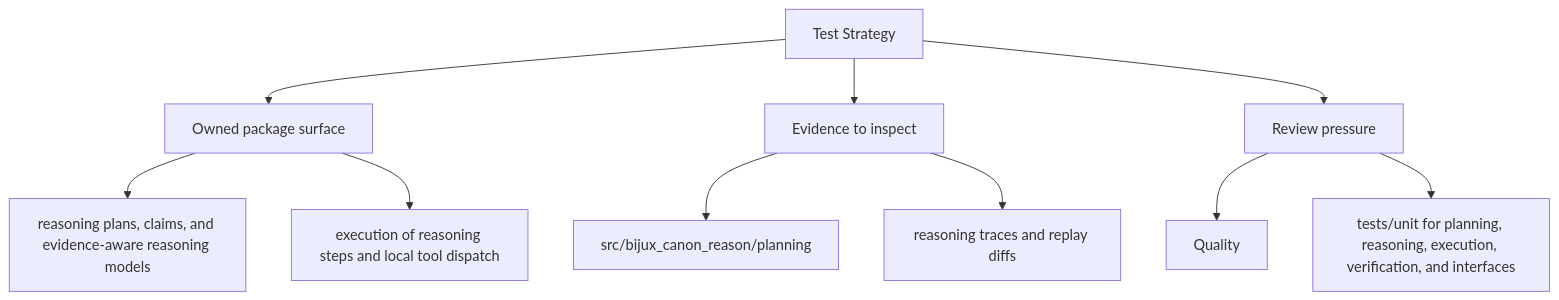
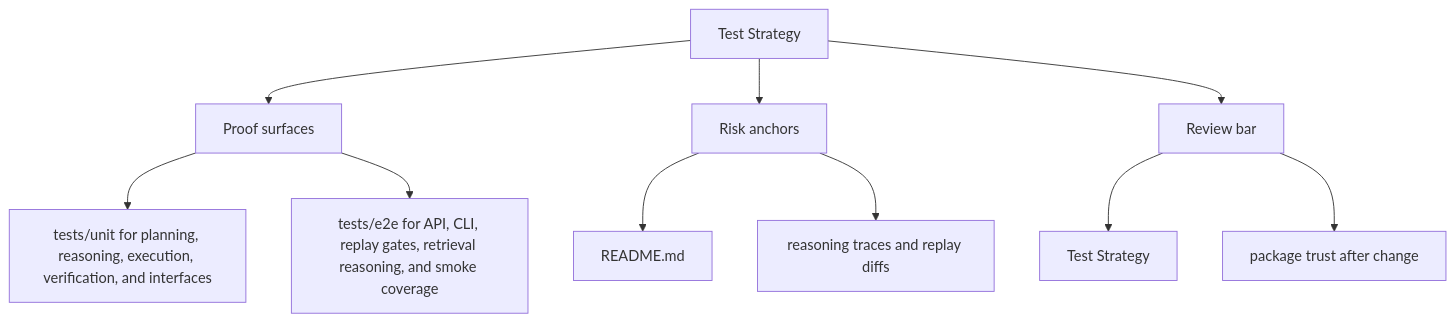
Before and after one commit to bijux/bijux-canon: the second of 2 diagrams in docs/bijux-canon-reason/quality/test-strategy.md, drawn with Mermaid. The commit also changed other lines of this file and 250 other files, not shown here.

Commit message:
docs(diagrams): make product page maps more readable

````diff
--- a/docs/bijux-canon-reason/quality/test-strategy.md
+++ b/docs/bijux-canon-reason/quality/test-strategy.md
@@ -34,22 +34,22 @@
 ```mermaid
 flowchart TD
     page["Test Strategy"]
-    focus1["Owned package surface"]
+    focus1["Proof surfaces"]
     page --> focus1
-    focus1_1["reasoning plans, claims, and evidence-aware reasoning models"]
+    focus1_1["tests/unit for planning, reasoning, execution, verification, and interfaces"]
     focus1 --> focus1_1
-    focus1_2["execution of reasoning steps and local tool dispatch"]
+    focus1_2["tests/e2e for API, CLI, replay gates, retrieval reasoning, and smoke coverage"]
     focus1 --> focus1_2
-    focus2["Evidence to inspect"]
+    focus2["Risk anchors"]
     page --> focus2
-    focus2_1["src/bijux_canon_reason/planning"]
+    focus2_1["README.md"]
     focus2 --> focus2_1
     focus2_2["reasoning traces and replay diffs"]
     focus2 --> focus2_2
-    focus3["Review pressure"]
+    focus3["Review bar"]
     page --> focus3
-    focus3_1["Quality"]
+    focus3_1["Test Strategy"]
     focus3 --> focus3_1
-    focus3_2["tests/unit for planning, reasoning, execution, verification, and interfaces"]
+    focus3_2["package trust after change"]
     focus3 --> focus3_2
 ```
````
